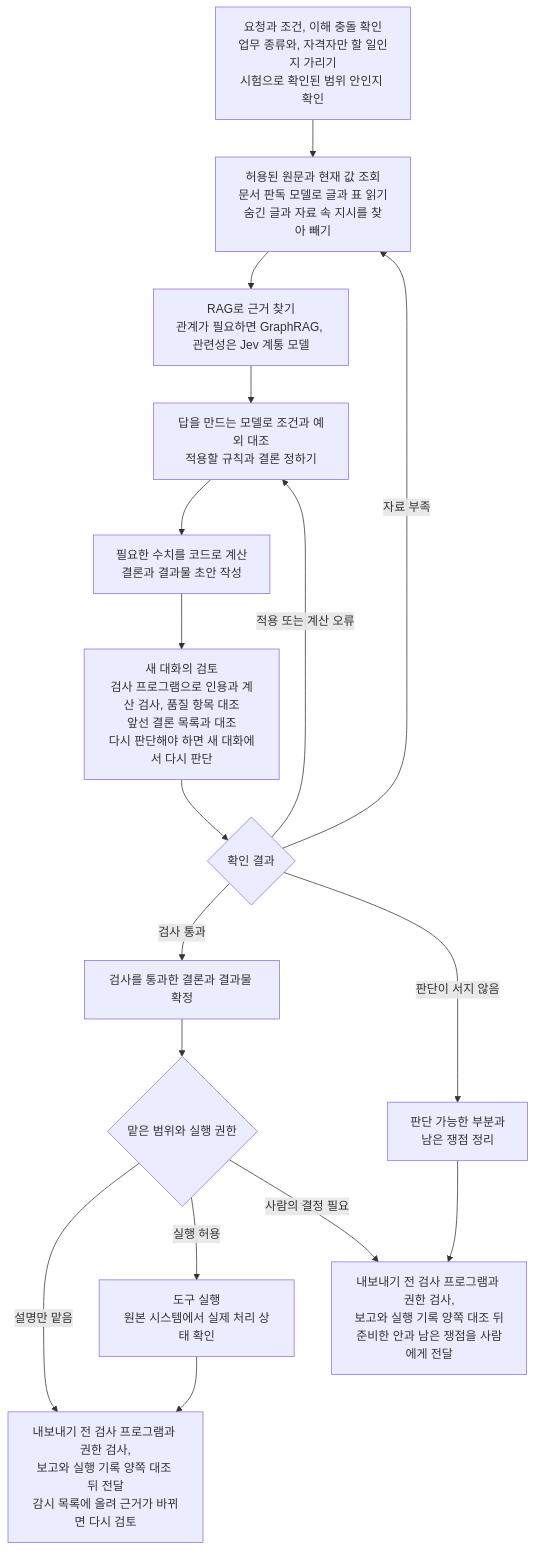
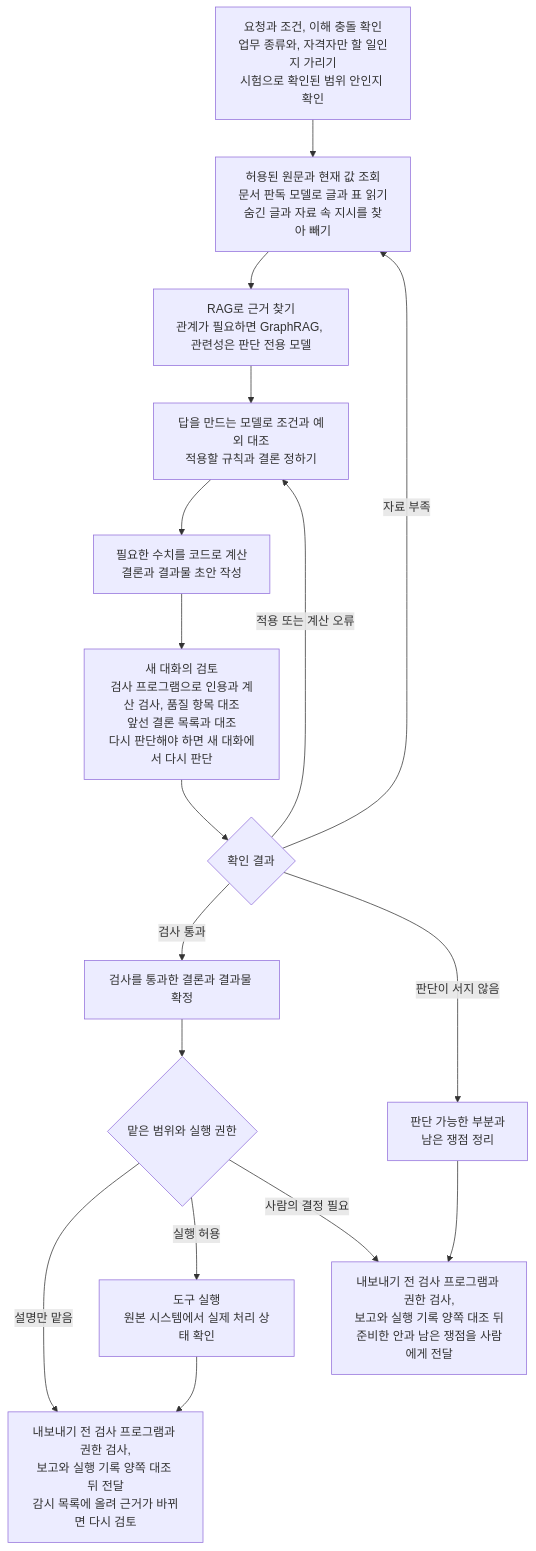
Before and after one commit to harisbaguette/expert: the diagram in 전문 판단의 신뢰성.md, drawn with Mermaid. The commit also changed other lines of this file and 1 other file, not shown here.

Commit message:
전문 판단의 신뢰성 — 해결책 이름을 2026-10 기준 업계 이름으로 맞춤(하이브리드 검색 RAG, 판단 전용 모델, 시점별 법령·판례 원문 저장소, 문서 파싱 VLM, 숨은 프롬프트 탐지, 코드 실행 도구)하고, Dual LLM 패턴과 LLM-as-a-Judge 보완에 최신 방법(정보 흐름 제어, 다른 회사 모델 검토)을 더함. 재료별 구현의 Jev 계통 이름도 맞춤

````diff
--- a/전문 판단의 신뢰성.md
+++ b/전문 판단의 신뢰성.md
@@ -266,19 +266,19 @@
 ```mermaid
 flowchart TB
     A[요청과 조건, 이해 충돌 확인<br/>업무 종류와, 자격자만 할 일인지 가리기<br/>시험으로 확인된 범위 안인지 확인] --> B[허용된 원문과 현재 값 조회<br/>문서 판독 모델로 글과 표 읽기<br/>숨긴 글과 자료 속 지시를 찾아 빼기]
-    B --> C[RAG로 근거 찾기<br/>관계가 필요하면 GraphRAG, 관련성은 Jev 계통 모델]
+    B --> C[RAG로 근거 찾기<br/>관계가 필요하면 GraphRAG, 관련성은 판단 전용 모델]
     C --> D[답을 만드는 모델로 조건과 예외 대조<br/>적용할 규칙과 결론 정하기]
     D --> E[필요한 수치를 코드로 계산<br/>결론과 결과물 초안 작성]
     E --> F[새 대화의 검토<br/>검사 프로그램으로 인용과 계산 검사, 품질 항목 대조<br/>앞선 결론 목록과 대조<br/>다시 판단해야 하면 새 대화에서 다시 판단]
     F --> G{확인 결과}
     G -->|자료 부족| B
     G -->|적용 또는 계산 오류| D
     G -->|검사 통과| H[검사를 통과한 결론과 결과물 확정]
     G -->|판단이 서지 않음| I[판단 가능한 부분과<br/>남은 쟁점 정리]
     H --> J{맡은 범위와 실행 권한}
     J -->|설명만 맡음| L[내보내기 전 검사 프로그램과 권한 검사,<br/>보고와 실행 기록 양쪽 대조 뒤 전달<br/>감시 목록에 올려 근거가 바뀌면 다시 검토]
     J -->|실행 허용| K[도구 실행<br/>원본 시스템에서 실제 처리 상태 확인]
     J -->|사람의 결정 필요| M[내보내기 전 검사 프로그램과 권한 검사,<br/>보고와 실행 기록 양쪽 대조 뒤<br/>준비한 안과 남은 쟁점을 사람에게 전달]
     K --> L
     I --> M
 ```
````
